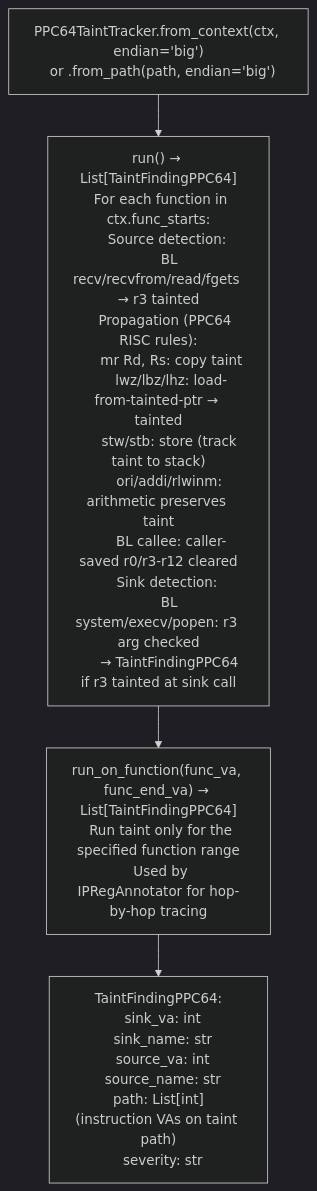
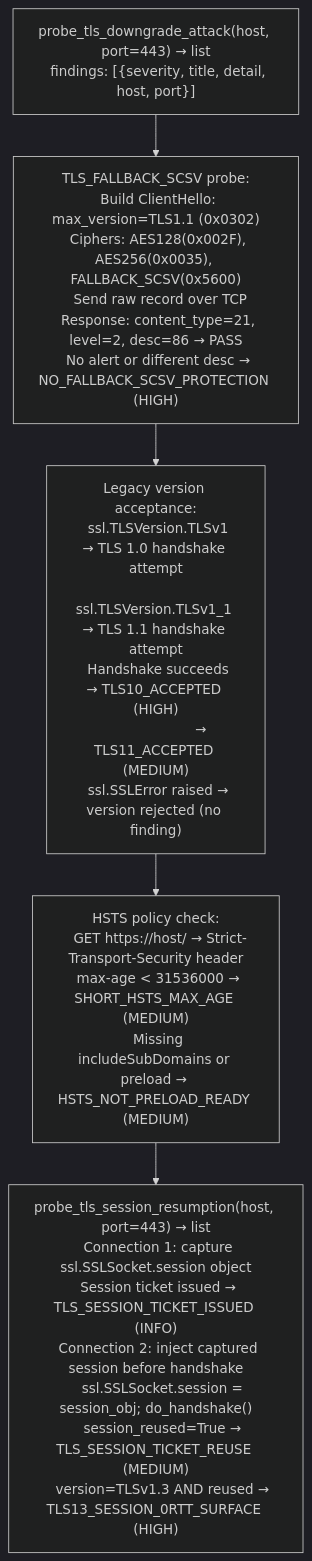
The diagram in docs/reference-modules/tls-session-downgrade-surfaces.md (Ablation-Tool/ablation), drawn with Mermaid (dark theme) before and after one commit. The commit also changed other lines of this file and 18 other files, not shown here.

````diff
--- a/docs/reference-modules/tls-session-downgrade-surfaces.md
+++ b/docs/reference-modules/tls-session-downgrade-surfaces.md
@@ -19,6 +19,7 @@
 ```mermaid
 flowchart TD
-    A["PPC64TaintTracker.from_context(ctx, endian='big')\n  or .from_path(path, endian='big')"] --> B["run() → List[TaintFindingPPC64]\n  For each function in ctx.func_starts:\n    Source detection:\n      BL recv/recvfrom/read/fgets → r3 tainted\n    Propagation (PPC64 RISC rules):\n      mr Rd, Rs: copy taint\n      lwz/lbz/lhz: load-from-tainted-ptr → tainted\n      stw/stb: store (track taint to stack)\n      ori/addi/rlwinm: arithmetic preserves taint\n      BL callee: caller-saved r0/r3-r12 cleared\n    Sink detection:\n      BL system/execv/popen: r3 arg checked\n      → TaintFindingPPC64 if r3 tainted at sink call"]
-    B --> C["run_on_function(func_va, func_end_va) → List[TaintFindingPPC64]\n  Run taint only for the specified function range\n  Used by IPRegAnnotator for hop-by-hop tracing"]
-    C --> D["TaintFindingPPC64:\n  sink_va: int\n  sink_name: str\n  source_va: int\n  source_name: str\n  path: List[int]  (instruction VAs on taint path)\n  severity: str"]
+    A["probe_tls_downgrade_attack(host, port=443) → list\n  findings: [{severity, title, detail, host, port}]"] --> B["TLS_FALLBACK_SCSV probe:\n  Build ClientHello: max_version=TLS1.1 (0x0302)\n  Ciphers: AES128(0x002F), AES256(0x0035), FALLBACK_SCSV(0x5600)\n  Send raw record over TCP\n  Response: content_type=21, level=2, desc=86 → PASS\n  No alert or different desc → NO_FALLBACK_SCSV_PROTECTION (HIGH)"]
+    B --> C["Legacy version acceptance:\n  ssl.TLSVersion.TLSv1 → TLS 1.0 handshake attempt\n  ssl.TLSVersion.TLSv1_1 → TLS 1.1 handshake attempt\n  Handshake succeeds → TLS10_ACCEPTED (HIGH)\n                      → TLS11_ACCEPTED (MEDIUM)\n  ssl.SSLError raised → version rejected (no finding)"]
+    C --> D["HSTS policy check:\n  GET https://host/ → Strict-Transport-Security header\n  max-age < 31536000 → SHORT_HSTS_MAX_AGE (MEDIUM)\n  Missing includeSubDomains or preload → HSTS_NOT_PRELOAD_READY (MEDIUM)"]
+    D --> E["probe_tls_session_resumption(host, port=443) → list\n  Connection 1: capture ssl.SSLSocket.session object\n  Session ticket issued → TLS_SESSION_TICKET_ISSUED (INFO)\n  Connection 2: inject captured session before handshake\n    ssl.SSLSocket.session = session_obj; do_handshake()\n    session_reused=True → TLS_SESSION_TICKET_REUSE (MEDIUM)\n    version=TLSv1.3 AND reused → TLS13_SESSION_0RTT_SURFACE (HIGH)"]
 ```
````
